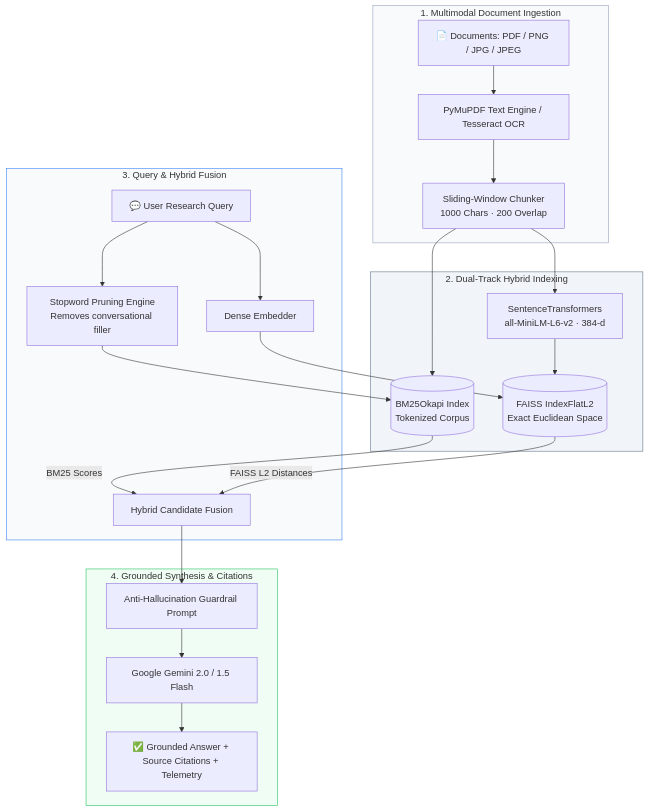
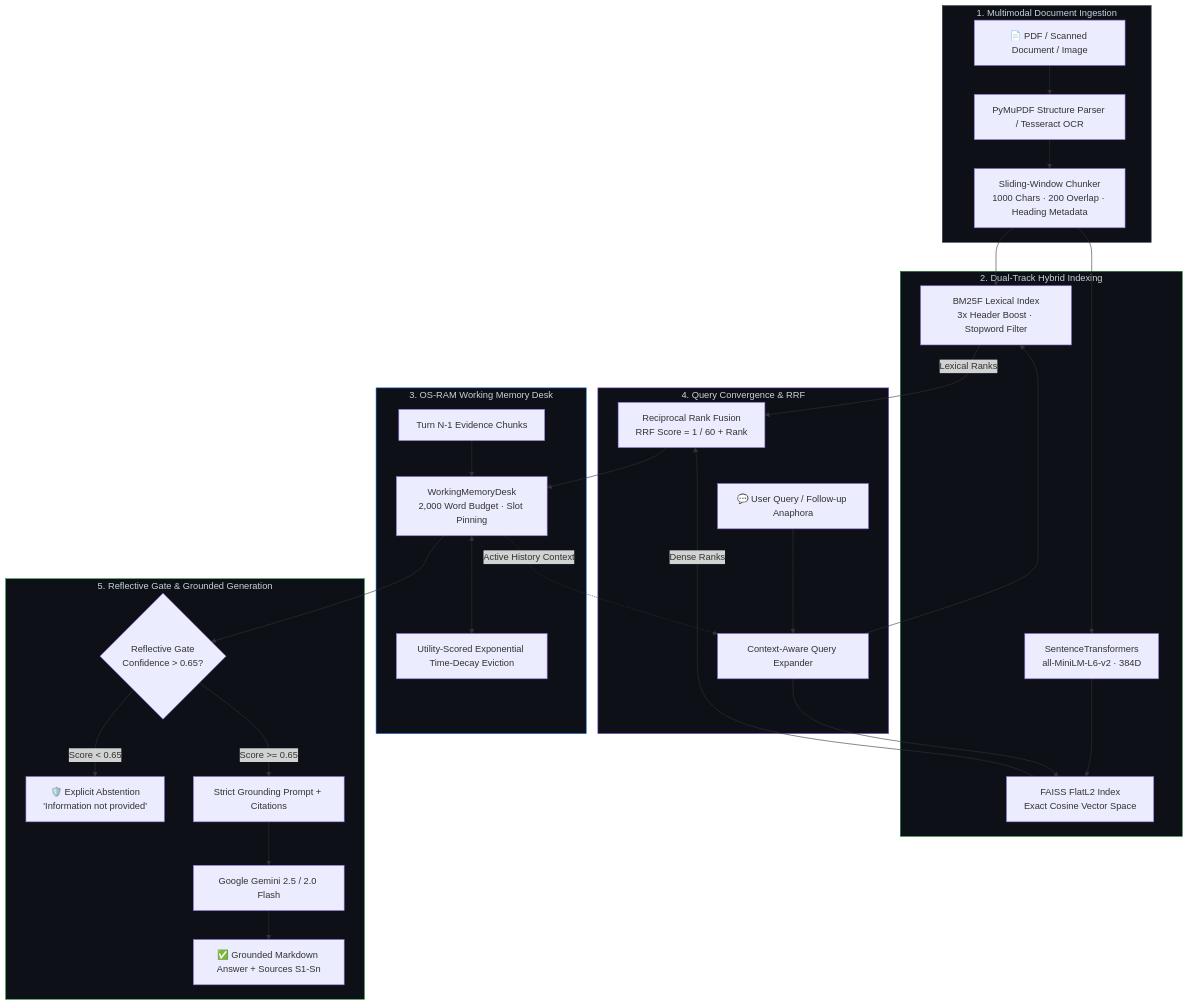
One commit to arpitbaranwal/Context_Management_Engine changed the diagram in README.md. Above: the diagram before and after it, drawn with Mermaid. The commit also changed other lines of this file and 8 other files, not shown here.

````diff
--- a/README.md
+++ b/README.md
@@ -60,40 +62,53 @@
 ```mermaid
 flowchart TD
     subgraph Ingestion["1. Multimodal Document Ingestion"]
-        Doc[📄 Documents: PDF / PNG / JPG / JPEG]
-        Extract[PyMuPDF Text Engine / Tesseract OCR]
-        Chunker[Sliding-Window Chunker<br/>1000 Chars · 200 Overlap]
-        Doc --> Extract --> Chunker
+        Doc[📄 PDF / Scanned Document / Image]
+        Engine[PyMuPDF Structure Parser / Tesseract OCR]
+        Chunker[Sliding-Window Chunker<br/>1000 Chars · 200 Overlap · Heading Metadata]
+        Doc --> Engine --> Chunker
     end
 
     subgraph Indexing["2. Dual-Track Hybrid Indexing"]
-        LexicalIndex[(BM25Okapi Index<br/>Tokenized Corpus)]
-        DenseEmbed[SentenceTransformers<br/>all-MiniLM-L6-v2 · 384-d]
-        VectorIndex[(FAISS IndexFlatL2<br/>Exact Euclidean Space)]
-        
-        Chunker --> LexicalIndex
-        Chunker --> DenseEmbed --> VectorIndex
+        BM25[BM25F Lexical Index<br/>3x Header Boost · Stopword Filter]
+        Dense[SentenceTransformers<br/>all-MiniLM-L6-v2 · 384D]
+        FAISS[FAISS FlatL2 Index<br/>Exact Cosine Vector Space]
+        Chunker --> BM25
+        Chunker --> Dense --> FAISS
     end
 
-    subgraph QueryPipeline["3. Query & Hybrid Fusion"]
-        Query[💬 User Research Query]
-        Stopwords[Stopword Pruning Engine<br/>Removes conversational filler]
-        
-        Query --> Stopwords --> LexicalIndex
-        Query --> DenseEmbedQuery[Dense Embedder] --> VectorIndex
-        
-        LexicalIndex -->|BM25 Scores| Fusion[Hybrid Candidate Fusion]
-        VectorIndex -->|FAISS L2 Distances| Fusion
+    subgraph MemoryDesk["3. OS-RAM Working Memory Desk"]
+        Turn1[Turn N-1 Evidence Chunks]
+        Desk[WorkingMemoryDesk<br/>2,000 Word Budget · Slot Pinning]
+        Eviction[Utility-Scored Exponential Time-Decay Eviction]
+        Turn1 --> Desk
+        Desk <--> Eviction
     end
 
-    subgraph Synthesis["4. Grounded Synthesis & Citations"]
-        Fusion --> Prompt[Anti-Hallucination Guardrail Prompt]
-        Prompt --> Gemini[Google Gemini 2.0 / 1.5 Flash]
-        Gemini --> Response[✅ Grounded Answer + Source Citations + Telemetry]
+    subgraph Retrieval["4. Query Convergence & RRF"]
+        Query[💬 User Query / Follow-up Anaphora]
+        Expander[Context-Aware Query Expander]
+        Query --> Expander
+        Desk -.->|Active History Context| Expander
+        
+        Expander --> BM25
+        Expander --> FAISS
+        
+        BM25 -->|Lexical Ranks| RRF[Reciprocal Rank Fusion<br/>RRF Score = 1 / 60 + Rank]
+        FAISS -->|Dense Ranks| RRF
+        RRF --> Desk
     end
 
-    style Ingestion fill:#f8fafc,stroke:#94a3b8,stroke-width:1px
-    style Indexing fill:#f1f5f9,stroke:#64748b,stroke-width:1px
-    style QueryPipeline fill:#f8fafc,stroke:#3b82f6,stroke-width:1px
-    style Synthesis fill:#f0fdf4,stroke:#22c55e,stroke-width:1px
+    subgraph Synthesis["5. Reflective Gate & Grounded Generation"]
+        Desk --> Gate{Reflective Gate<br/>Confidence > 0.65?}
+        Gate -->|Score < 0.65| Abstain[🛡️ Explicit Abstention<br/>'Information not provided']
+        Gate -->|Score >= 0.65| Prompt[Strict Grounding Prompt + Citations]
+        Prompt --> Gemini[Google Gemini 2.5 / 2.0 Flash]
+        Gemini --> Output[✅ Grounded Markdown Answer + Sources S1-Sn]
+    end
+
+    style Ingestion fill:#0d1117,stroke:#30363d,stroke-width:1px,color:#c9d1d9
+    style Indexing fill:#0d1117,stroke:#238636,stroke-width:1px,color:#c9d1d9
+    style MemoryDesk fill:#0d1117,stroke:#1f6feb,stroke-width:1px,color:#c9d1d9
+    style Retrieval fill:#0d1117,stroke:#8957e5,stroke-width:1px,color:#c9d1d9
+    style Synthesis fill:#0d1117,stroke:#2ea043,stroke-width:1px,color:#c9d1d9
 ```
````
